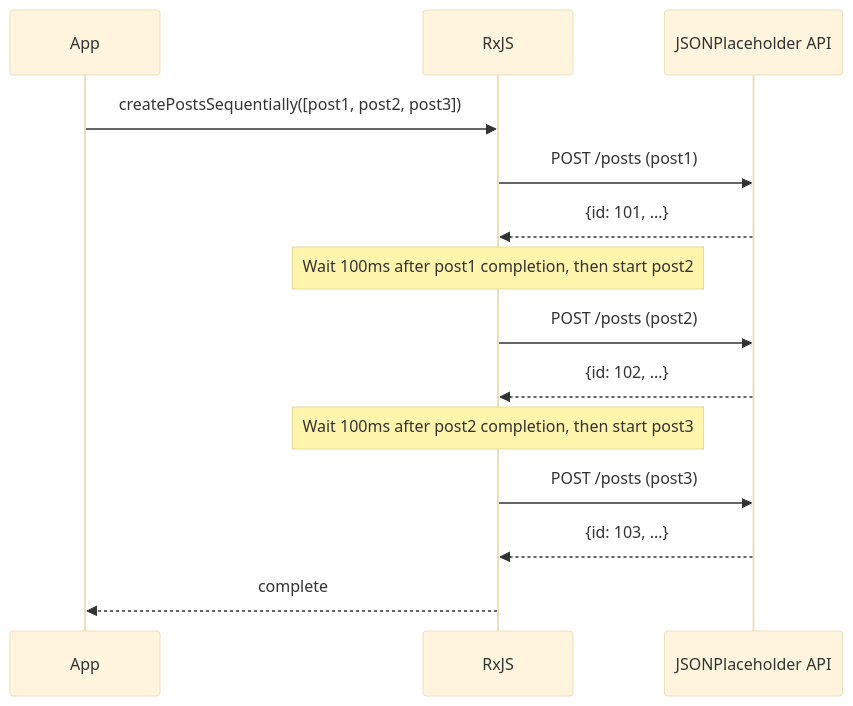
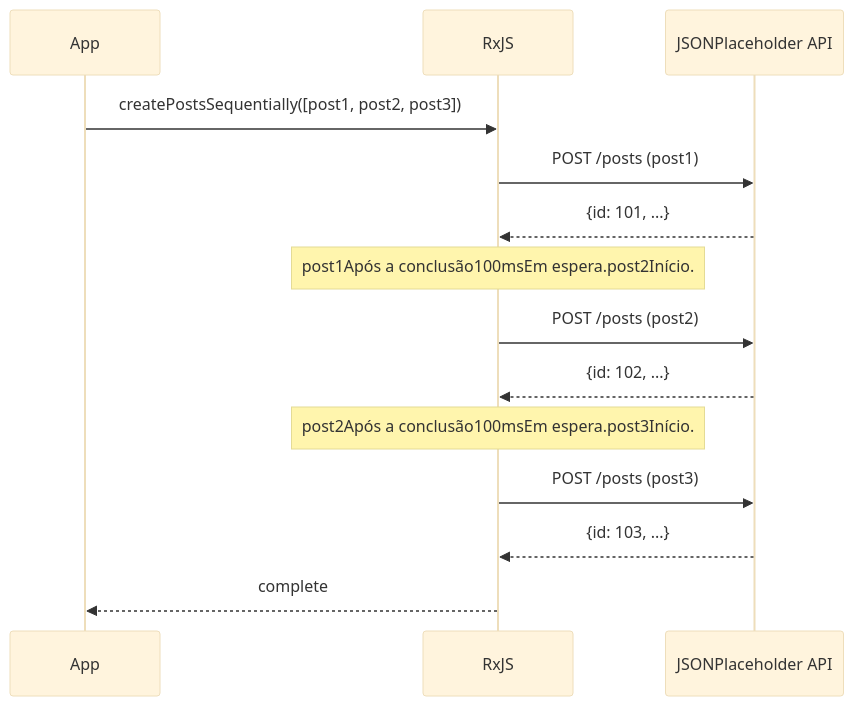
The second of 2 diagrams in docs/pt/guide/practical-patterns/api-calls.md (shuji-bonji/RxJS-with-TypeScript), drawn with Mermaid (base theme) before and after one commit. The commit also changed other lines of this file and 61 other files, not shown here.

````diff
--- a/docs/pt/guide/practical-patterns/api-calls.md
+++ b/docs/pt/guide/practical-patterns/api-calls.md
@@ -425,21 +589,21 @@
 ```mermaid
 sequenceDiagram
     participant App
     participant RxJS
     participant API as JSONPlaceholder API
 
     App->>RxJS: createPostsSequentially([post1, post2, post3])
 
     RxJS->>API: POST /posts (post1)
     API-->>RxJS: {id: 101, ...}
-    Note over RxJS: Wait 100ms after post1 completion, then start post2
+    Note over RxJS: post1Após a conclusão100msEm espera.post2Início.
 
     RxJS->>API: POST /posts (post2)
     API-->>RxJS: {id: 102, ...}
-    Note over RxJS: Wait 100ms after post2 completion, then start post3
+    Note over RxJS: post2Após a conclusão100msEm espera.post3Início.
 
     RxJS->>API: POST /posts (post3)
     API-->>RxJS: {id: 103, ...}
 
     RxJS-->>App: complete
 ```
````
